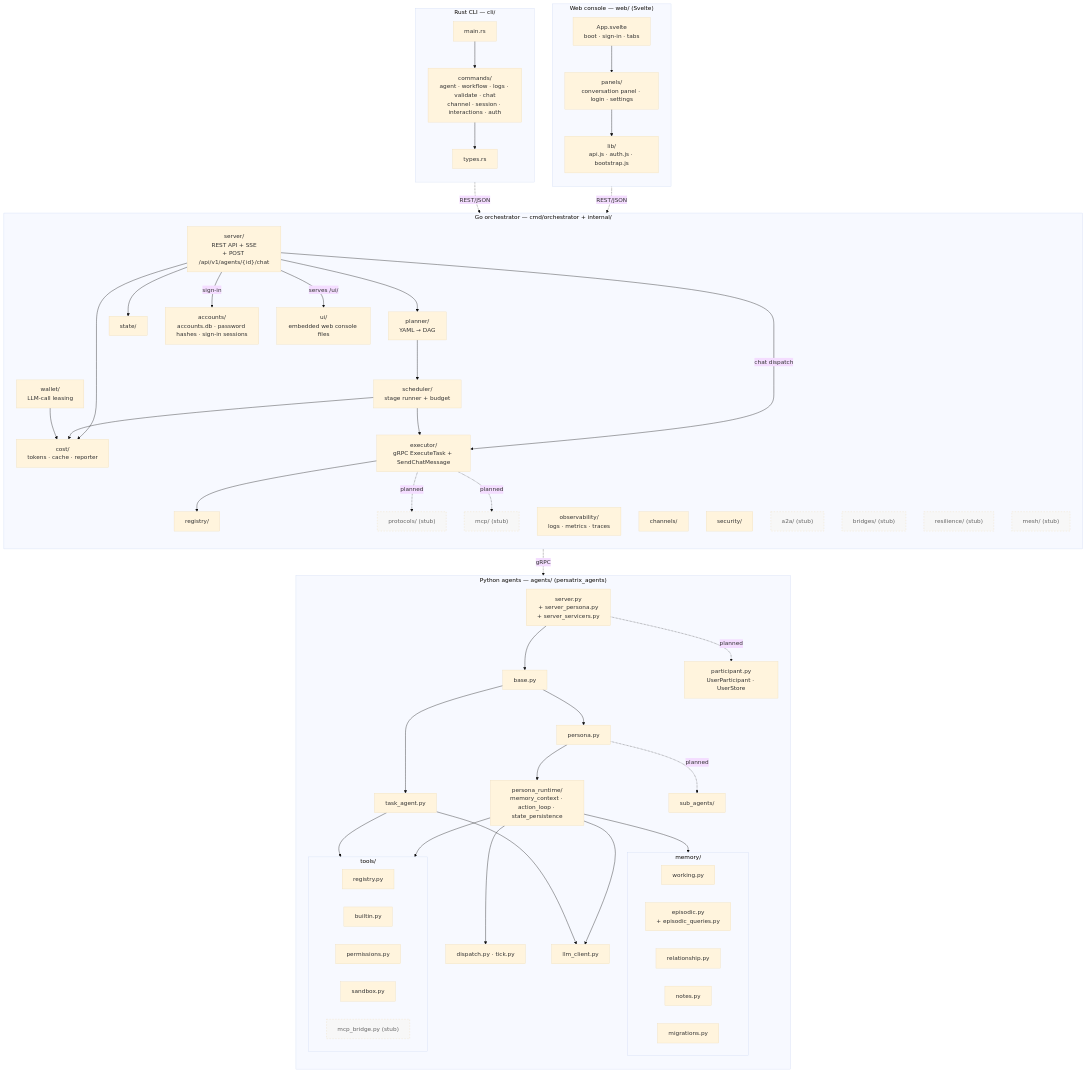
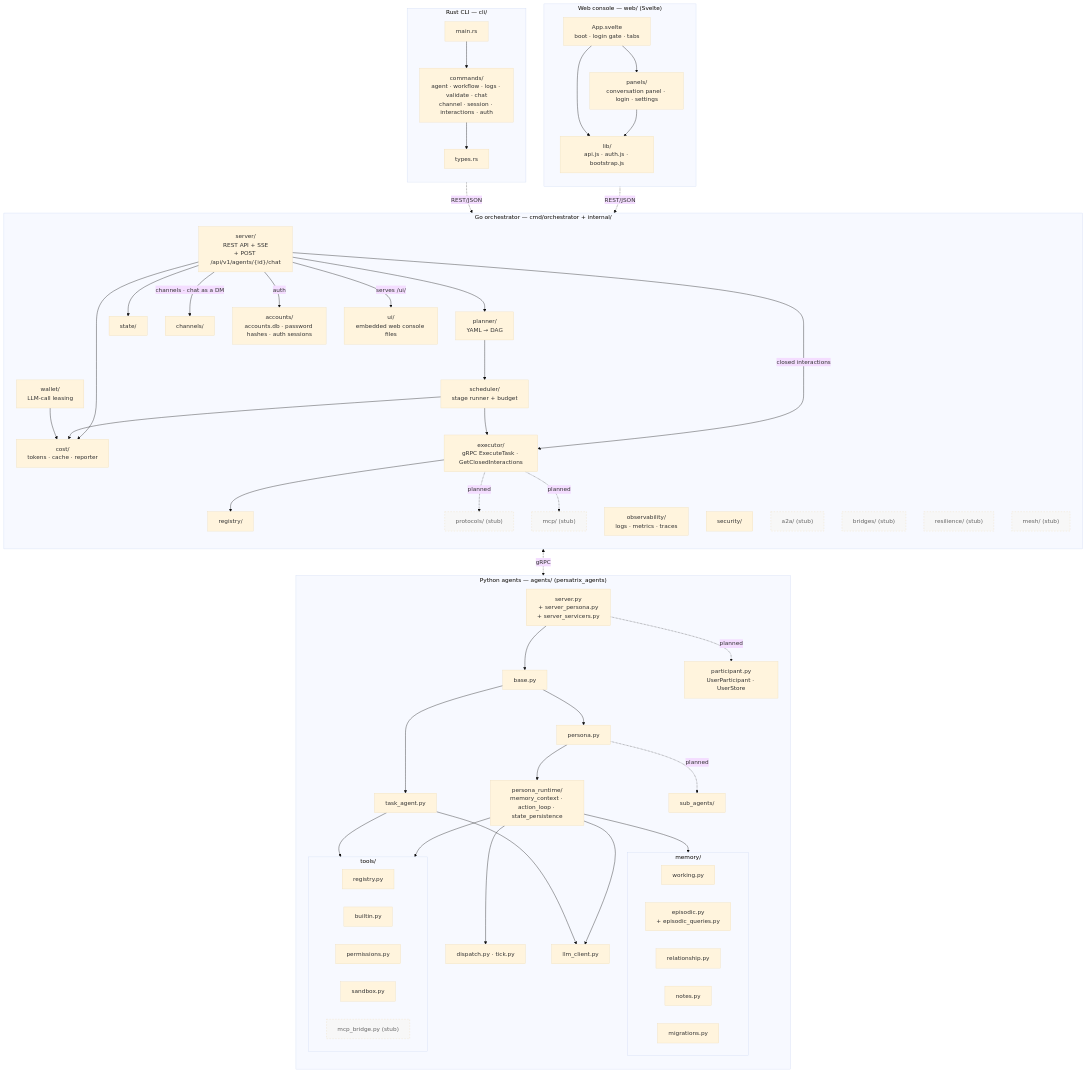
Before and after one commit to mkhomutov/Persatrix: the diagram in docs/diagrams/component-architecture.md, drawn with Mermaid (base theme). The commit also changed other lines of this file and 2 other files, not shown here.

First line of the commit message:
docs(diagrams): fix review findings on the chat path, wallet and auth

````diff
--- a/docs/diagrams/component-architecture.md
+++ b/docs/diagrams/component-architecture.md
@@ -17,10 +25,11 @@
 
     subgraph Web["Web console — web/ (Svelte)"]
         direction TB
-        WAPP["App.svelte<br/>boot · sign-in · tabs"]
+        WAPP["App.svelte<br/>boot · login gate · tabs"]
         WPANELS["panels/<br/>conversation panel · login · settings"]
         WLIB["lib/<br/>api.js · auth.js · bootstrap.js"]
         WAPP --> WPANELS
+        WAPP --> WLIB
         WPANELS --> WLIB
     end
 
@@ -29,7 +38,7 @@
         SERVER["server/<br/>REST API + SSE<br/>+ POST /api/v1/agents/{id}/chat"]
         PLANNER["planner/<br/>YAML → DAG"]
         SCHEDULER["scheduler/<br/>stage runner + budget"]
-        EXECUTOR["executor/<br/>gRPC ExecuteTask + SendChatMessage"]
+        EXECUTOR["executor/<br/>gRPC ExecuteTask · GetClosedInteractions"]
         REGISTRY["registry/"]
         STATE["state/"]
         COST["cost/<br/>tokens · cache · reporter"]
@@ -37,7 +46,7 @@
         TELE["observability/<br/>logs · metrics · traces"]
         CHAN["channels/"]
         SEC["security/"]
-        ACCOUNTS["accounts/<br/>accounts.db · password hashes · sign-in sessions"]
+        ACCOUNTS["accounts/<br/>accounts.db · password hashes · auth sessions"]
         UI["ui/<br/>embedded web console files"]
 
         A2A["a2a/ (stub)"]:::stub
@@ -50,8 +59,9 @@
         SERVER --> PLANNER
         SERVER --> STATE
         SERVER --> COST
-        SERVER -->|chat dispatch| EXECUTOR
-        SERVER -->|sign-in| ACCOUNTS
+        SERVER -->|channels · chat as a DM| CHAN
+        SERVER -->|closed interactions| EXECUTOR
+        SERVER -->|auth| ACCOUNTS
         SERVER -->|serves /ui/| UI
         PLANNER --> SCHEDULER
         SCHEDULER --> EXECUTOR
@@ -106,7 +116,7 @@
 
     Rust -.->|REST/JSON| Go
     Web -.->|REST/JSON| Go
-    Go -.->|gRPC| Py
+    Go <-.->|gRPC| Py
 
     classDef stub stroke-dasharray: 4 4,fill:#f7f7f7,color:#666
 ```
````
